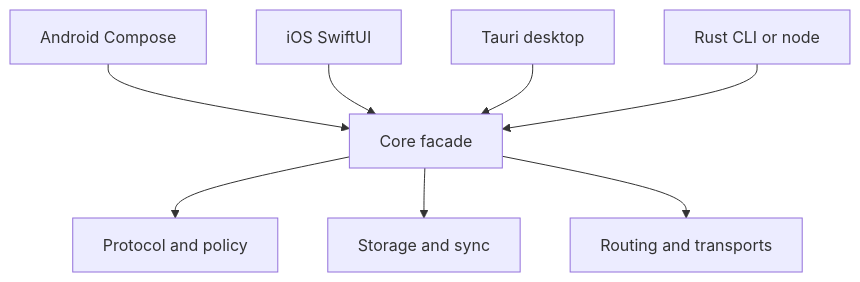
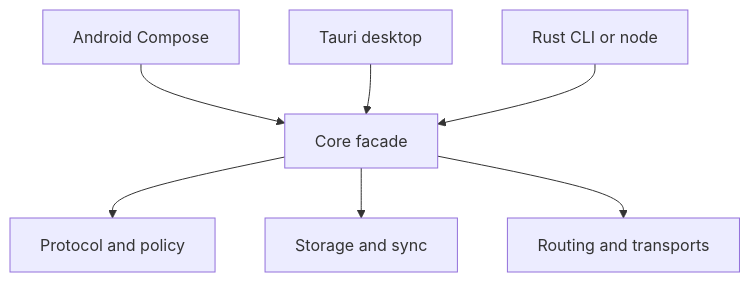
The second of 6 diagrams in docs/architecture.md (Astraive/lattice), drawn with Mermaid before and after one commit. The commit also changed other lines of this file and 14 other files, not shown here.

````diff
--- a/docs/architecture.md
+++ b/docs/architecture.md
@@ -81,10 +83,9 @@
 ```mermaid
 flowchart TB
     A["Android Compose"] --> F["Core facade"]
-    I["iOS SwiftUI"] --> F
     D["Tauri desktop"] --> F
     C["Rust CLI or node"] --> F
     F --> P["Protocol and policy"]
     F --> S["Storage and sync"]
     F --> R["Routing and transports"]
 ```
````
